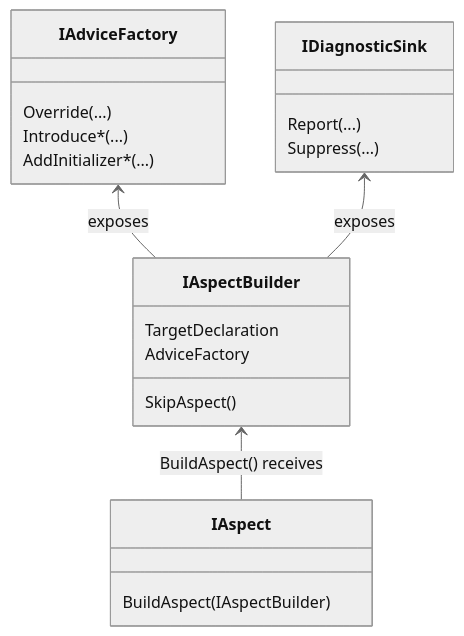
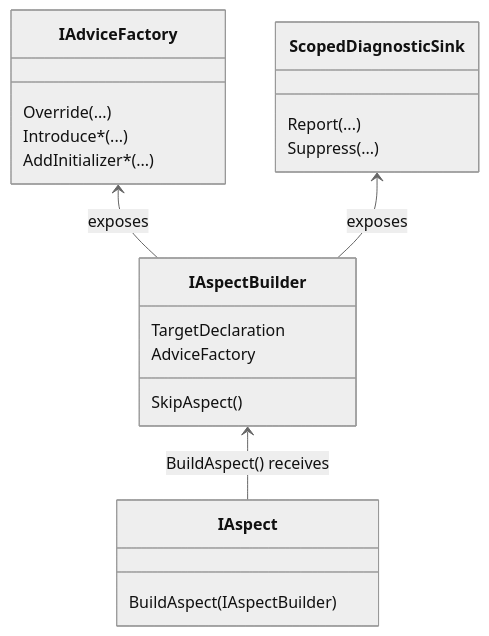
The first of 4 diagrams in overwrite/namespaces/Metalama.Framework.Aspects.md (postsharp/Metalama.Documentation), drawn with Mermaid (neutral theme) before and after one commit. The commit also changed 5 other files, not shown here.

````diff
--- a/overwrite/namespaces/Metalama.Framework.Aspects.md
+++ b/overwrite/namespaces/Metalama.Framework.Aspects.md
@@ -33,29 +33,29 @@
 ```mermaid
 classDiagram
 
     class IAspect {
         BuildAspect(IAspectBuilder)
     }
 
     class IAspectBuilder {
         SkipAspect()
         TargetDeclaration
         AdviceFactory
     }
 
     class IAdviceFactory {
         Override(...)
         Introduce*(...)
         AddInitializer*(...)
     }
 
-    class IDiagnosticSink {
+    class ScopedDiagnosticSink {
         Report(...)
         Suppress(...)
     }
 
     IAspectBuilder <-- IAspect : BuildAspect() receives
     IAdviceFactory <-- IAspectBuilder : exposes
-    IDiagnosticSink <-- IAspectBuilder : exposes
+    ScopedDiagnosticSink <-- IAspectBuilder : exposes
 
 ```
````
